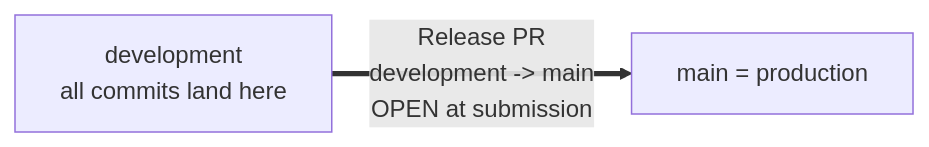
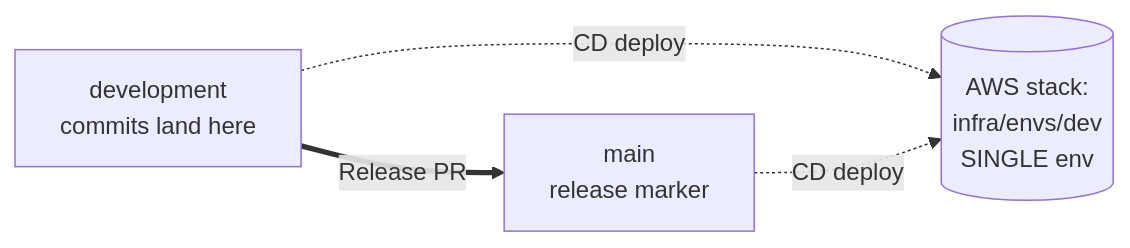
One commit to miliyarsh/rxlab-agentic changed the diagram in PLAN.md. Above: the diagram before and after it, drawn with Mermaid. The commit also changed other lines of this file and 39 other files, not shown here.

````diff
--- a/PLAN.md
+++ b/PLAN.md
@@ -26,6 +24,9 @@
 ```mermaid
 flowchart LR
-  Dev[development<br/>all commits land here]
-  Main[main = production]
-  Dev ==>|Release PR<br/>development -> main<br/>OPEN at submission| Main
+  Dev[development<br/>commits land here]
+  Main[main<br/>release marker]
+  Stack[(AWS stack:<br/>infra/envs/dev<br/>SINGLE env)]
+  Dev ==>|Release PR| Main
+  Dev -. CD deploy .-> Stack
+  Main -. CD deploy .-> Stack
 ```
````
